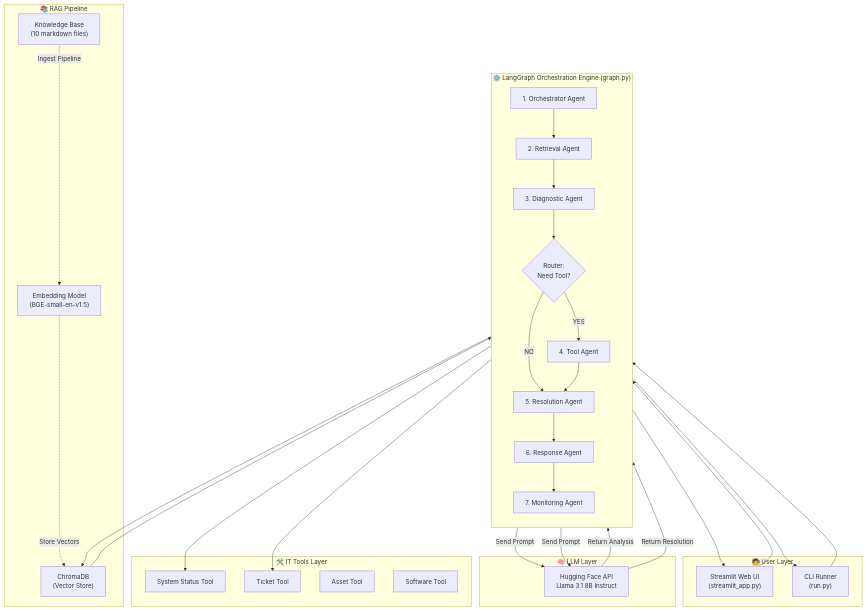
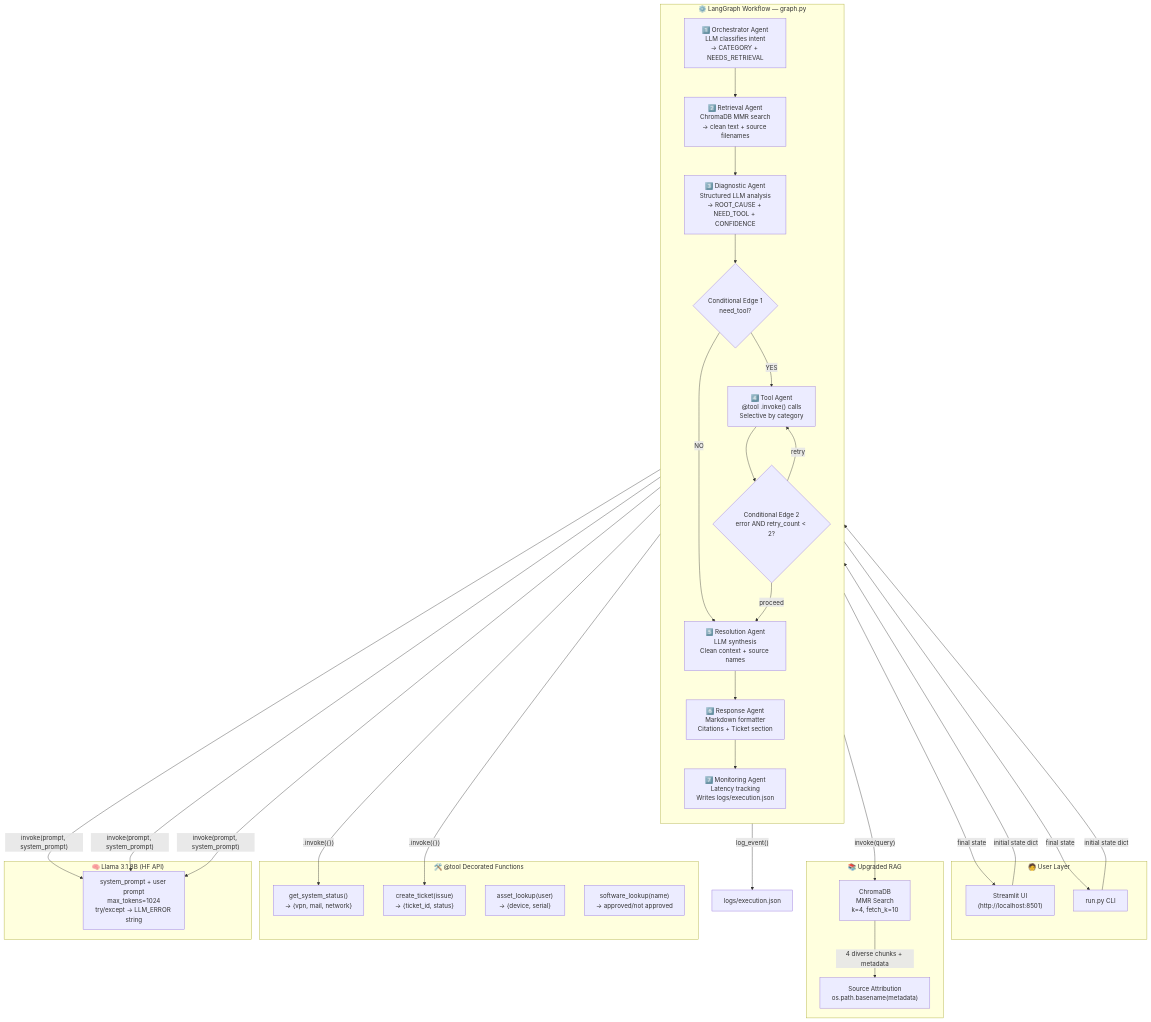
The first of 4 diagrams in docs/walkthrough.md (gurkiratsinghh0905/Agentic-ai-Enterprise-IT-Operations), drawn with Mermaid before and after one commit. The commit also changed other lines of this file and 29 other files, not shown here.

````diff
--- a/docs/walkthrough.md
+++ b/docs/walkthrough.md
@@ -75,57 +68,52 @@
 ```mermaid
 graph TB
-    subgraph USER_LAYER["🧑 User Layer"]
-        UI["Streamlit Web UI<br/>(streamlit_app.py)"]
-        CLI["CLI Runner<br/>(run.py)"]
+    subgraph USER["🧑 User Layer"]
+        UI["Streamlit UI\n(http://localhost:8501)"]
+        CLI["run.py CLI"]
     end
 
-    subgraph ORCHESTRATION["⚙️ LangGraph Orchestration Engine (graph.py)"]
+    subgraph GRAPH["⚙️ LangGraph Workflow — graph.py"]
         direction TB
-        A["1. Orchestrator Agent"]
-        B["2. Retrieval Agent"]
-        C["3. Diagnostic Agent"]
-        D{"Router:<br/>Need Tool?"}
-        E["4. Tool Agent"]
-        F["5. Resolution Agent"]
-        G["6. Response Agent"]
-        H["7. Monitoring Agent"]
+        ORC["1️⃣ Orchestrator Agent\nLLM classifies intent\n→ CATEGORY + NEEDS_RETRIEVAL"]
+        RET["2️⃣ Retrieval Agent\nChromaDB MMR search\n→ clean text + source filenames"]
+        DIAG["3️⃣ Diagnostic Agent\nStructured LLM analysis\n→ ROOT_CAUSE + NEED_TOOL + CONFIDENCE"]
+        ROUTE1{"Conditional Edge 1\nneed_tool?"}
+        TOOL["4️⃣ Tool Agent\n@tool .invoke() calls\nSelective by category"]
+        ROUTE2{"Conditional Edge 2\nerror AND retry_count < 2?"}
+        RES["5️⃣ Resolution Agent\nLLM synthesis\nClean context + source names"]
+        RESP["6️⃣ Response Agent\nMarkdown formatter\nCitations + Ticket section"]
+        MON["7️⃣ Monitoring Agent\nLatency tracking\nWrites logs/execution.json"]
 
-        A --> B
-        B --> C
-        C --> D
-        D -->|YES| E
-        D -->|NO| F
-        E --> F
-        F --> G
-        G --> H
+        ORC --> RET --> DIAG --> ROUTE1
+        ROUTE1 -->|"YES"| TOOL
+        ROUTE1 -->|"NO"| RES
+        TOOL --> ROUTE2
+        ROUTE2 -->|"retry"| TOOL
+        ROUTE2 -->|"proceed"| RES
+        RES --> RESP --> MON
     end
 
-    subgraph RAG_LAYER["📚 RAG Pipeline"]
-        KB["Knowledge Base<br/>(10 markdown files)"]
-        EMB["Embedding Model<br/>(BGE-small-en-v1.5)"]
-        VDB["ChromaDB<br/>(Vector Store)"]
+    subgraph RAG["📚 Upgraded RAG"]
+        VDB["ChromaDB\nMMR Search\nk=4, fetch_k=10"]
+        SRC["Source Attribution\nos.path.basename(metadata)"]
     end
 
-    subgraph LLM_LAYER["🧠 LLM Layer"]
-        LLM["Hugging Face API<br/>Llama 3.1 8B Instruct"]
+    subgraph TOOLS["🛠️ @tool Decorated Functions"]
+        T1["get_system_status()\n→ {vpn, mail, network}"]
+        T2["create_ticket(issue)\n→ {ticket_id, status}"]
+        T3["asset_lookup(user)\n→ {device, serial}"]
+        T4["software_lookup(name)\n→ approved/not approved"]
     end
 
-    subgraph TOOLS_LAYER["🛠️ IT Tools Layer"]
-        T1["System Status Tool"]
-        T2["Ticket Tool"]
-        T3["Asset Tool"]
-        T4["Software Tool"]
+    subgraph LLM["🧠 Llama 3.1 8B (HF API)"]
+        L1["system_prompt + user prompt\nmax_tokens=1024\ntry/except → LLM_ERROR string"]
     end
 
-    UI & CLI --> A
-    B --> VDB
-    VDB --> B
-    KB -.->|Ingest Pipeline| EMB
-    EMB -.->|Store Vectors| VDB
-    C -->|Send Prompt| LLM
-    LLM -->|Return Analysis| C
-    E --> T1 & T2
-    F -->|Send Prompt| LLM
-    LLM -->|Return Resolution| F
-    H --> UI & CLI
+    UI & CLI -->|"initial state dict"| ORC
+    RET -->|"invoke(query)"| VDB
+    VDB -->|"4 diverse chunks + metadata"| SRC
+    ORC & DIAG & RES -->|"invoke(prompt, system_prompt)"| L1
+    TOOL -->|".invoke({})"| T1 & T2
+    MON -->|"log_event()"| LOGS["logs/execution.json"]
+    MON -->|"final state"| UI & CLI
 ```
````
